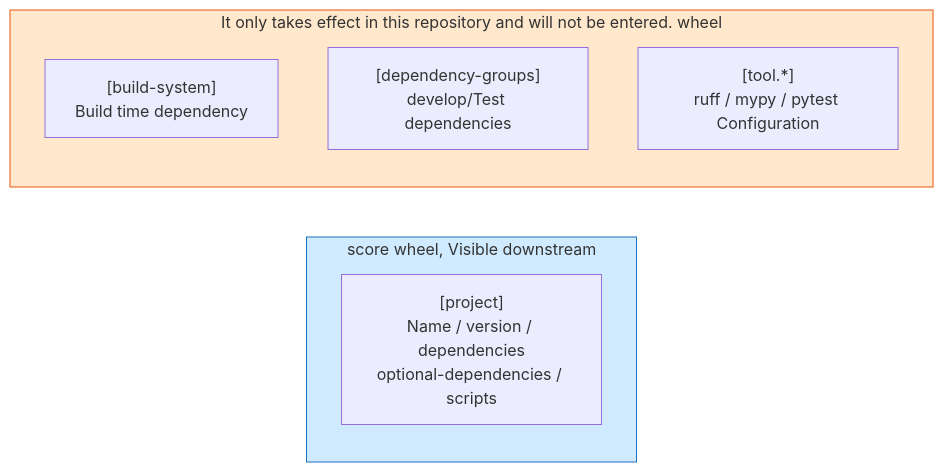
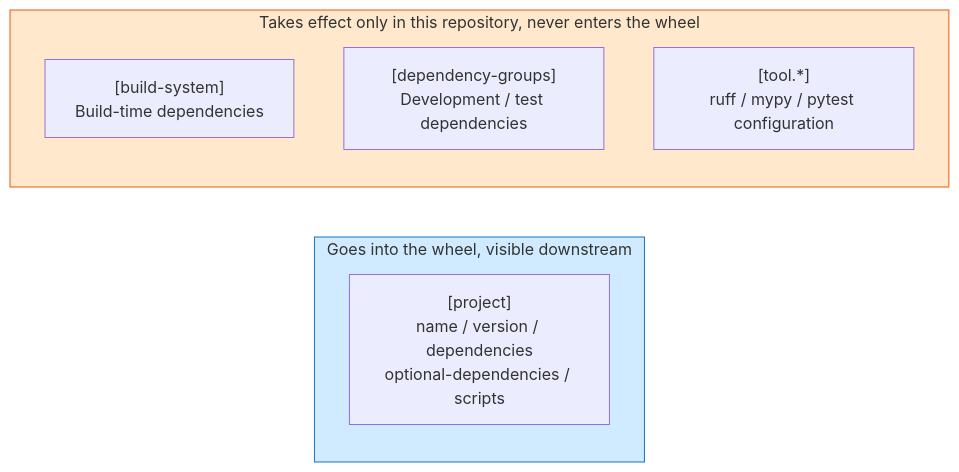
Before and after one commit to TingdeLiu/tingdeliu.github.io: the seventh of 22 diagrams in _translations/en/research/Python-Engineering-Survey.md, drawn with Mermaid. The commit also changed other lines of this file and 51 other files, not shown here.

````diff
--- a/_translations/en/research/Python-Engineering-Survey.md
+++ b/_translations/en/research/Python-Engineering-Survey.md
@@ -473,13 +473,13 @@
 ```mermaid
 flowchart LR
-    subgraph WHEEL["score wheel, Visible downstream"]
-        P["[project]<br/>Name / version / dependencies<br/>optional-dependencies / scripts"]
+    subgraph WHEEL["Goes into the wheel, visible downstream"]
+        P["[project]<br/>name / version / dependencies<br/>optional-dependencies / scripts"]
     end
-    subgraph LOCAL["It only takes effect in this repository and will not be entered. wheel"]
-        BS["[build-system]<br/>Build time dependency"]
-        DG["[dependency-groups]<br/>develop/Test dependencies"]
-        TOOL["[tool.*]<br/>ruff / mypy / pytest Configuration"]
+    subgraph LOCAL["Takes effect only in this repository, never enters the wheel"]
+        BS["[build-system]<br/>Build-time dependencies"]
+        DG["[dependency-groups]<br/>Development / test dependencies"]
+        TOOL["[tool.*]<br/>ruff / mypy / pytest configuration"]
     end
     style WHEEL fill:#d0ebff,stroke:#1971c2
     style LOCAL fill:#ffe8cc,stroke:#e8590c
 ```
````
